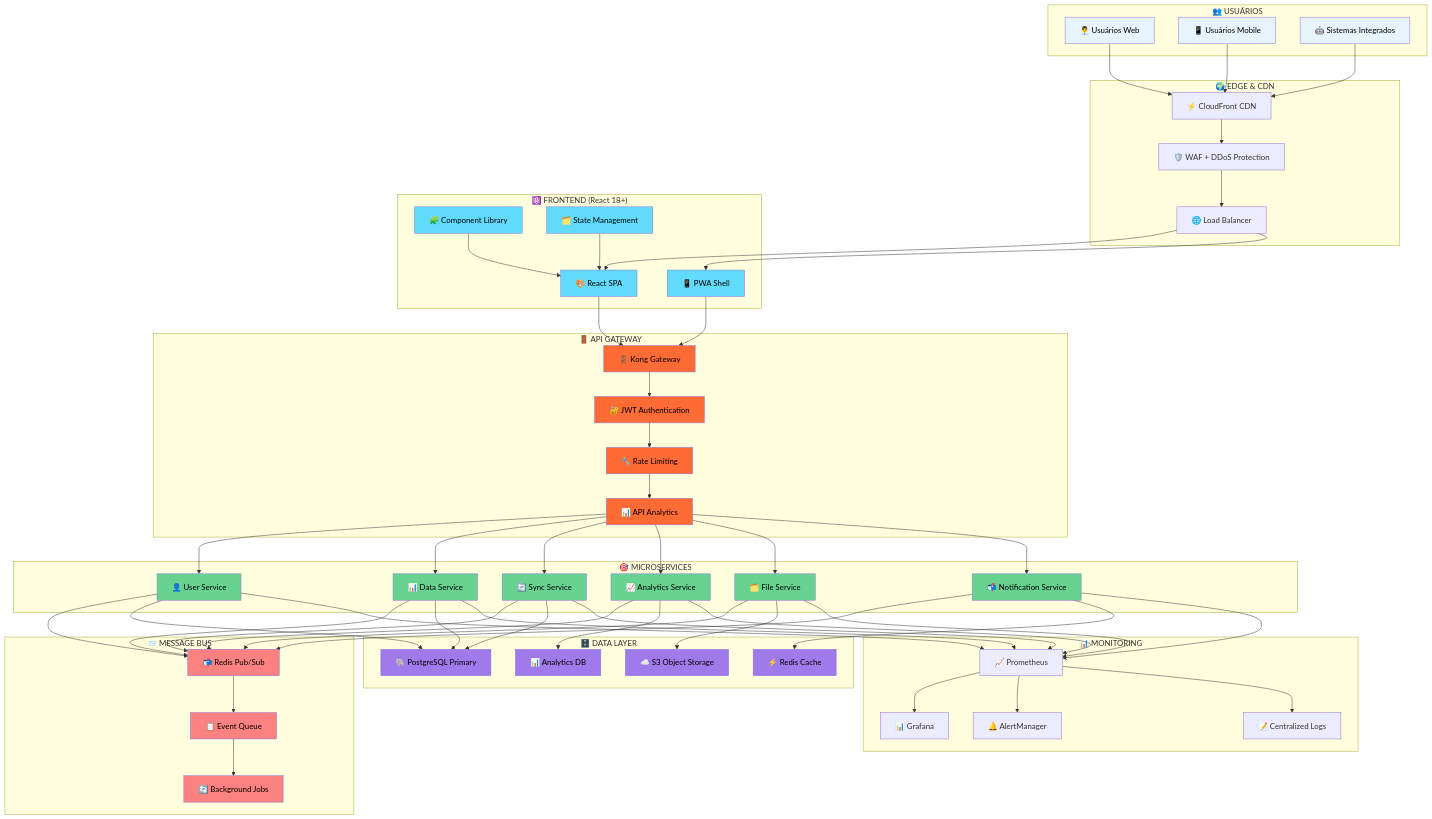
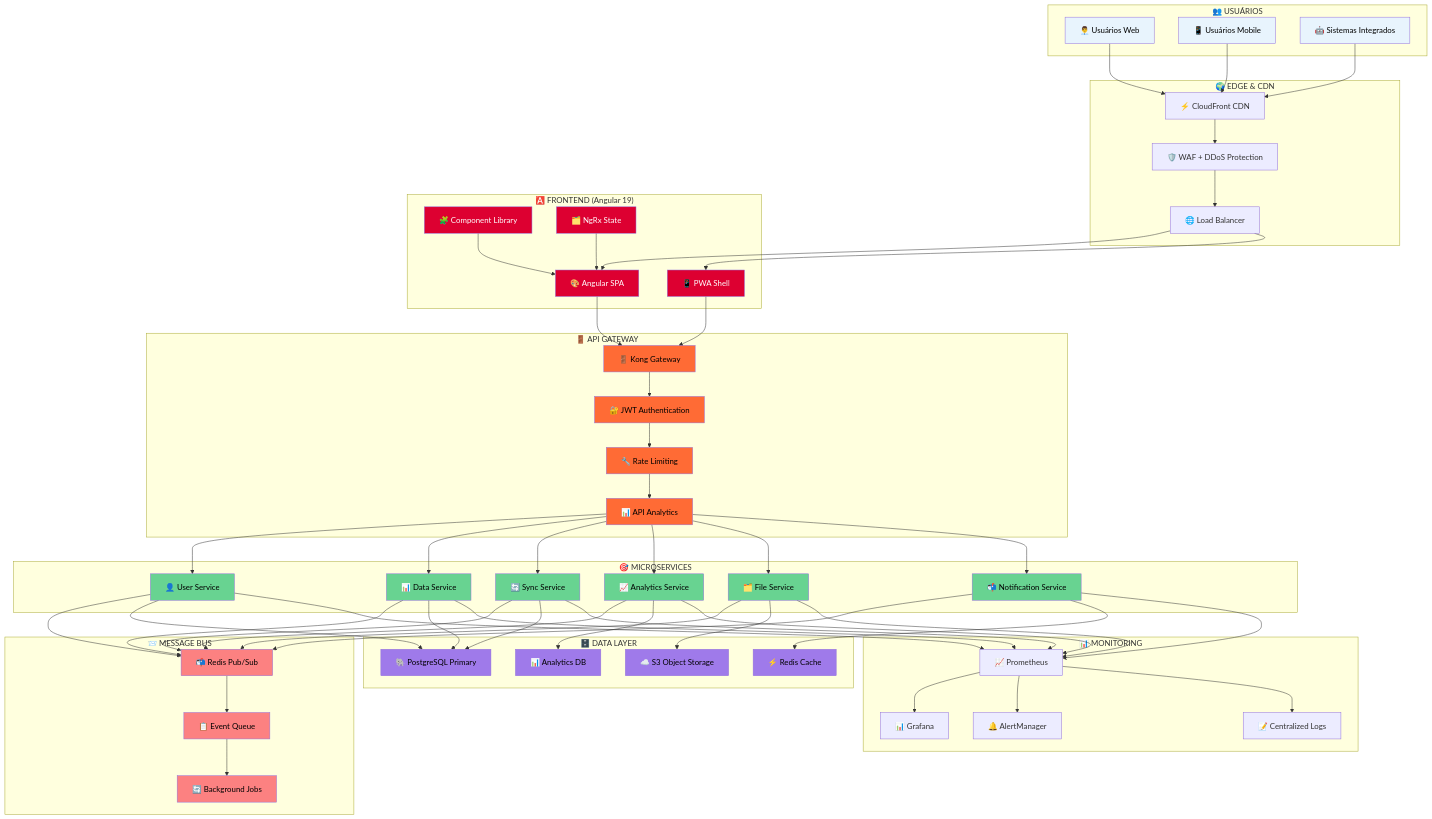
Before and after one commit to EduPereiraAlest/FocusTextil: the diagram in 01-Proposta/documentacao/architecture.md, drawn with Mermaid. The commit also changed other lines of this file and 56 other files, not shown here.

Commit message:
refactor: migrate frontend from React to Angular architecture

```diff
--- a/01-Proposta/documentacao/architecture.md
+++ b/01-Proposta/documentacao/architecture.md
@@ -16,11 +16,11 @@
 F["🌐 Load Balancer"]
 end
 
-subgraph "⚛️ FRONTEND (React 18+)"
-G["🎨 React SPA"]
+subgraph "🅰️ FRONTEND (Angular 19)"
+G["🎨 Angular SPA"]
 H["📱 PWA Shell"]
 I["🧩 Component Library"]
-J["🗂️ State Management"]
+J["🗂️ NgRx State"]
 end
 
 subgraph "🚪 API GATEWAY"
@@ -113,10 +113,10 @@
 style A fill:#e8f4fd,color:#000000
 style B fill:#e8f4fd,color:#000000
 style C fill:#e8f4fd,color:#000000
-style G fill:#61dafb,color:#000000
-style H fill:#61dafb,color:#000000
-style I fill:#61dafb,color:#000000
-style J fill:#61dafb,color:#000000
+style G fill:#dd0031,color:#ffffff
+style H fill:#dd0031,color:#ffffff
+style I fill:#dd0031,color:#ffffff
+style J fill:#dd0031,color:#ffffff
 style K fill:#ff6b35,color:#000000
 style L fill:#ff6b35,color:#000000
 style M fill:#ff6b35,color:#000000
```
